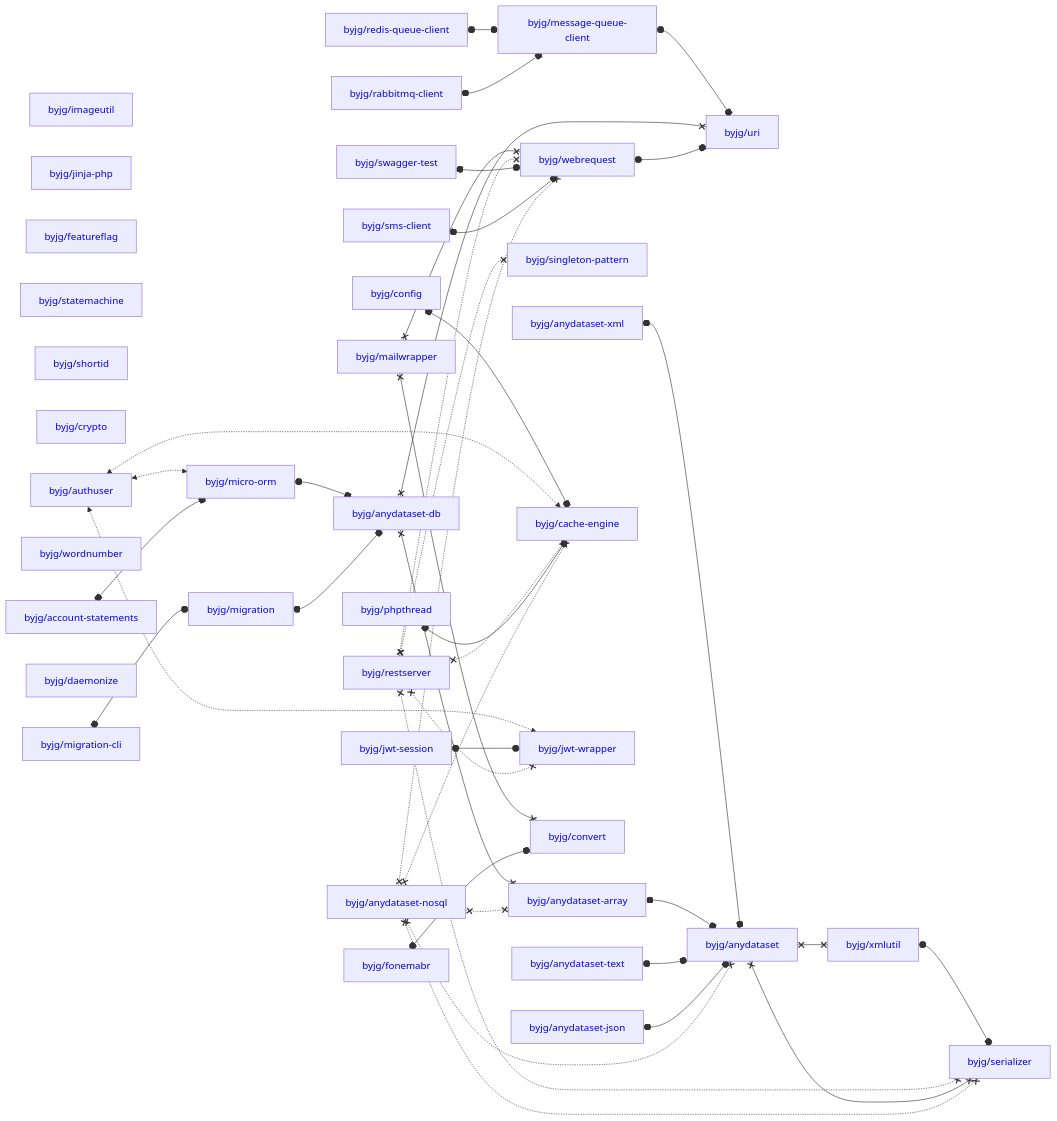
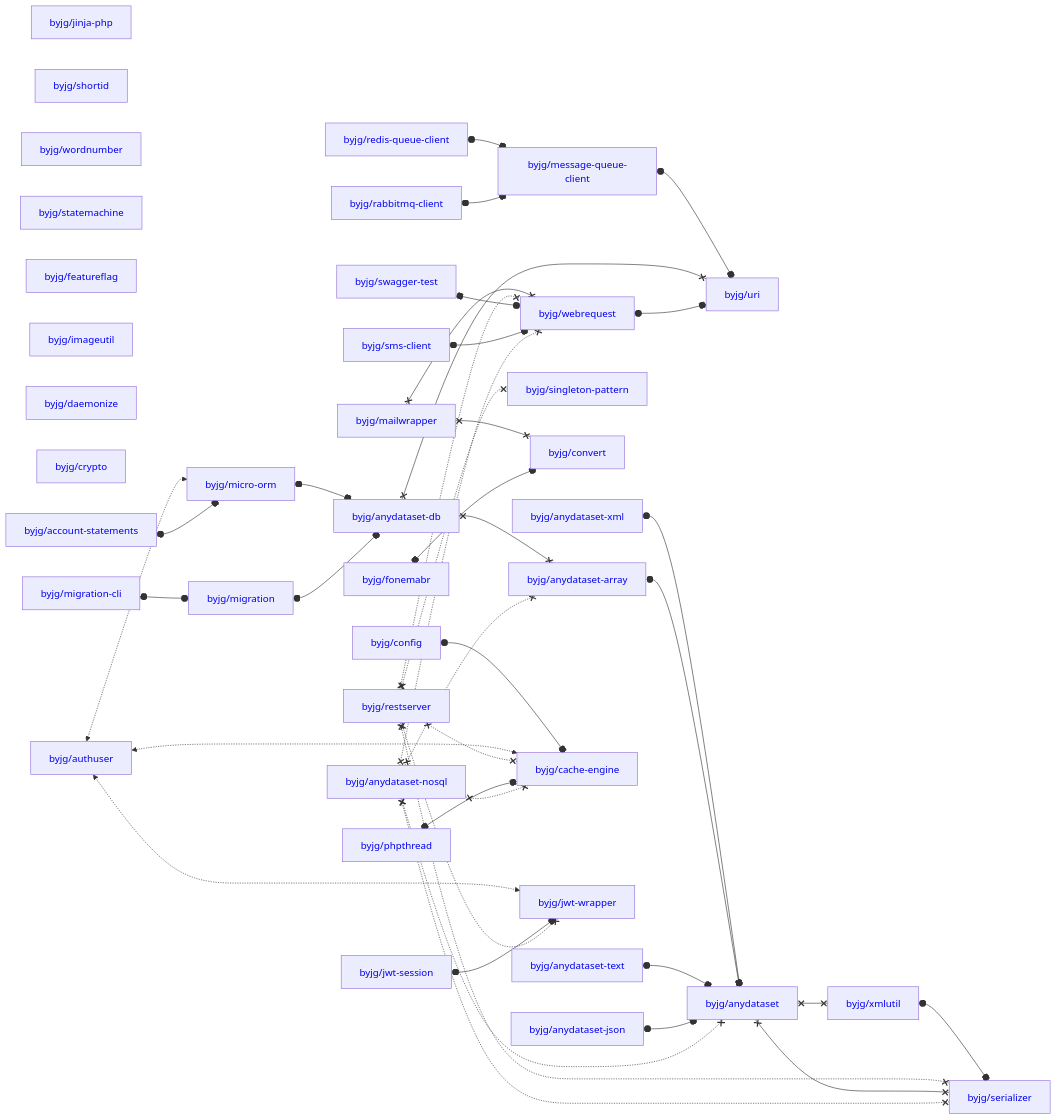
The diagram in docs/php/README.md (byjg/byjg.github.io), drawn with Mermaid before and after one commit. The commit also changed other lines of this file and 1 other file, not shown here.

Commit message:
Update documentation 'php' 'php-singleton-pattern'

````diff
--- a/docs/php/README.md
+++ b/docs/php/README.md
@@ -3,80 +3,80 @@
 ```mermaid
 graph LR;
-  byjg/imageutil[<a href='https://opensource.byjg.com/docs/php/imageutil' style='text-decoration:none'>byjg/imageutil</a>];
-  byjg/fonemabr[<a href='https://opensource.byjg.com/docs/php/fonemabr' style='text-decoration:none'>byjg/fonemabr</a>];
   byjg/anydataset-nosql[<a href='https://opensource.byjg.com/docs/php/anydataset-nosql' style='text-decoration:none'>byjg/anydataset-nosql</a>];
   byjg/jinja-php[<a href='https://opensource.byjg.com/docs/php/jinja-php' style='text-decoration:none'>byjg/jinja-php</a>];
+  byjg/anydataset-text[<a href='https://opensource.byjg.com/docs/php/anydataset-text' style='text-decoration:none'>byjg/anydataset-text</a>];
+  byjg/shortid[<a href='https://opensource.byjg.com/docs/php/shortid' style='text-decoration:none'>byjg/shortid</a>];
+  byjg/rabbitmq-client[<a href='https://opensource.byjg.com/docs/php/rabbitmq-client' style='text-decoration:none'>byjg/rabbitmq-client</a>];
+  byjg/wordnumber[<a href='https://opensource.byjg.com/docs/php/wordnumber' style='text-decoration:none'>byjg/wordnumber</a>];
+  byjg/statemachine[<a href='https://opensource.byjg.com/docs/php/statemachine' style='text-decoration:none'>byjg/statemachine</a>];
+  byjg/anydataset-xml[<a href='https://opensource.byjg.com/docs/php/anydataset-xml' style='text-decoration:none'>byjg/anydataset-xml</a>];
+  byjg/restserver[<a href='https://opensource.byjg.com/docs/php/restserver' style='text-decoration:none'>byjg/restserver</a>];
+  byjg/anydataset-json[<a href='https://opensource.byjg.com/docs/php/anydataset-json' style='text-decoration:none'>byjg/anydataset-json</a>];
+  byjg/fonemabr[<a href='https://opensource.byjg.com/docs/php/fonemabr' style='text-decoration:none'>byjg/fonemabr</a>];
   byjg/featureflag[<a href='https://opensource.byjg.com/docs/php/featureflag' style='text-decoration:none'>byjg/featureflag</a>];
-  byjg/statemachine[<a href='https://opensource.byjg.com/docs/php/statemachine' style='text-decoration:none'>byjg/statemachine</a>];
+  byjg/imageutil[<a href='https://opensource.byjg.com/docs/php/imageutil' style='text-decoration:none'>byjg/imageutil</a>];
+  byjg/daemonize[<a href='https://opensource.byjg.com/docs/php/daemonize' style='text-decoration:none'>byjg/daemonize</a>];
+  byjg/sms-client[<a href='https://opensource.byjg.com/docs/php/sms-client' style='text-decoration:none'>byjg/sms-client</a>];
+  byjg/swagger-test[<a href='https://opensource.byjg.com/docs/php/swagger-test' style='text-decoration:none'>byjg/swagger-test</a>];
+  byjg/mailwrapper[<a href='https://opensource.byjg.com/docs/php/mailwrapper' style='text-decoration:none'>byjg/mailwrapper</a>];
+  byjg/crypto[<a href='https://opensource.byjg.com/docs/php/crypto' style='text-decoration:none'>byjg/crypto</a>];
   byjg/phpthread[<a href='https://opensource.byjg.com/docs/php/phpthread' style='text-decoration:none'>byjg/phpthread</a>];
+  byjg/jwt-session[<a href='https://opensource.byjg.com/docs/php/jwt-session' style='text-decoration:none'>byjg/jwt-session</a>];
+  byjg/account-statements[<a href='https://opensource.byjg.com/docs/php/account-statements' style='text-decoration:none'>byjg/account-statements</a>];
+  byjg/redis-queue-client[<a href='https://opensource.byjg.com/docs/php/redis-queue-client' style='text-decoration:none'>byjg/redis-queue-client</a>];
+  byjg/migration-cli[<a href='https://opensource.byjg.com/docs/php/migration-cli' style='text-decoration:none'>byjg/migration-cli</a>];
   byjg/config[<a href='https://opensource.byjg.com/docs/php/config' style='text-decoration:none'>byjg/config</a>];
-  byjg/jwt-session[<a href='https://opensource.byjg.com/docs/php/jwt-session' style='text-decoration:none'>byjg/jwt-session</a>];
-  byjg/shortid[<a href='https://opensource.byjg.com/docs/php/shortid' style='text-decoration:none'>byjg/shortid</a>];
-  byjg/redis-queue-client[<a href='https://opensource.byjg.com/docs/php/redis-queue-client' style='text-decoration:none'>byjg/redis-queue-client</a>];
-  byjg/anydataset-json[<a href='https://opensource.byjg.com/docs/php/anydataset-json' style='text-decoration:none'>byjg/anydataset-json</a>];
-  byjg/restserver[<a href='https://opensource.byjg.com/docs/php/restserver' style='text-decoration:none'>byjg/restserver</a>];
-  byjg/anydataset-xml[<a href='https://opensource.byjg.com/docs/php/anydataset-xml' style='text-decoration:none'>byjg/anydataset-xml</a>];
-  byjg/anydataset-text[<a href='https://opensource.byjg.com/docs/php/anydataset-text' style='text-decoration:none'>byjg/anydataset-text</a>];
-  byjg/crypto[<a href='https://opensource.byjg.com/docs/php/crypto' style='text-decoration:none'>byjg/crypto</a>];
-  byjg/account-statements[<a href='https://opensource.byjg.com/docs/php/account-statements' style='text-decoration:none'>byjg/account-statements</a>];
-  byjg/wordnumber[<a href='https://opensource.byjg.com/docs/php/wordnumber' style='text-decoration:none'>byjg/wordnumber</a>];
-  byjg/migration-cli[<a href='https://opensource.byjg.com/docs/php/migration-cli' style='text-decoration:none'>byjg/migration-cli</a>];
-  byjg/rabbitmq-client[<a href='https://opensource.byjg.com/docs/php/rabbitmq-client' style='text-decoration:none'>byjg/rabbitmq-client</a>];
-  byjg/daemonize[<a href='https://opensource.byjg.com/docs/php/daemonize' style='text-decoration:none'>byjg/daemonize</a>];
-  byjg/swagger-test[<a href='https://opensource.byjg.com/docs/php/swagger-test' style='text-decoration:none'>byjg/swagger-test</a>];
   byjg/authuser[<a href='https://opensource.byjg.com/docs/php/authuser' style='text-decoration:none'>byjg/authuser</a>];
-  byjg/sms-client[<a href='https://opensource.byjg.com/docs/php/sms-client' style='text-decoration:none'>byjg/sms-client</a>];
-  byjg/mailwrapper[<a href='https://opensource.byjg.com/docs/php/mailwrapper' style='text-decoration:none'>byjg/mailwrapper</a>];
   byjg/singleton-pattern[<a href='https://opensource.byjg.com/docs/php/singleton-pattern' style='text-decoration:none'>byjg/singleton-pattern</a>];
+  byjg/convert[<a href='https://opensource.byjg.com/docs/php/convert' style='text-decoration:none'>byjg/convert</a>];
+  byjg/webrequest[<a href='https://opensource.byjg.com/docs/php/webrequest' style='text-decoration:none'>byjg/webrequest</a>];
+  byjg/message-queue-client[<a href='https://opensource.byjg.com/docs/php/message-queue-client' style='text-decoration:none'>byjg/message-queue-client</a>];
   byjg/migration[<a href='https://opensource.byjg.com/docs/php/migration' style='text-decoration:none'>byjg/migration</a>];
-  byjg/message-queue-client[<a href='https://opensource.byjg.com/docs/php/message-queue-client' style='text-decoration:none'>byjg/message-queue-client</a>];
   byjg/micro-orm[<a href='https://opensource.byjg.com/docs/php/micro-orm' style='text-decoration:none'>byjg/micro-orm</a>];
   byjg/cache-engine[<a href='https://opensource.byjg.com/docs/php/cache-engine' style='text-decoration:none'>byjg/cache-engine</a>];
   byjg/jwt-wrapper[<a href='https://opensource.byjg.com/docs/php/jwt-wrapper' style='text-decoration:none'>byjg/jwt-wrapper</a>];
-  byjg/convert[<a href='https://opensource.byjg.com/docs/php/convert' style='text-decoration:none'>byjg/convert</a>];
-  byjg/webrequest[<a href='https://opensource.byjg.com/docs/php/webrequest' style='text-decoration:none'>byjg/webrequest</a>];
   byjg/anydataset-db[<a href='https://opensource.byjg.com/docs/php/anydataset-db' style='text-decoration:none'>byjg/anydataset-db</a>];
   byjg/anydataset-array[<a href='https://opensource.byjg.com/docs/php/anydataset-array' style='text-decoration:none'>byjg/anydataset-array</a>];
   byjg/uri[<a href='https://opensource.byjg.com/docs/php/uri' style='text-decoration:none'>byjg/uri</a>];
   byjg/anydataset[<a href='https://opensource.byjg.com/docs/php/anydataset' style='text-decoration:none'>byjg/anydataset</a>];
   byjg/xmlutil[<a href='https://opensource.byjg.com/docs/php/xmlutil' style='text-decoration:none'>byjg/xmlutil</a>];
   byjg/serializer[<a href='https://opensource.byjg.com/docs/php/serializer' style='text-decoration:none'>byjg/serializer</a>];
   byjg/anydataset-xml o--o byjg/anydataset;
   byjg/config o--o byjg/cache-engine;
   byjg/authuser <-.-> byjg/micro-orm;
   byjg/authuser <-.-> byjg/cache-engine;
   byjg/authuser <-.-> byjg/jwt-wrapper;
   byjg/jwt-session o--o byjg/jwt-wrapper;
   byjg/redis-queue-client o--o byjg/message-queue-client;
   byjg/xmlutil o--o byjg/serializer;
   byjg/anydataset-array o--o byjg/anydataset;
   byjg/anydataset-text o--o byjg/anydataset;
   byjg/mailwrapper x--x byjg/convert;
   byjg/mailwrapper x--x byjg/webrequest;
   byjg/restserver x-.-x byjg/serializer;
   byjg/restserver x-.-x byjg/singleton-pattern;
   byjg/restserver x-.-x byjg/cache-engine;
   byjg/restserver x-.-x byjg/webrequest;
   byjg/restserver x-.-x byjg/jwt-wrapper;
   byjg/anydataset x--x byjg/serializer;
   byjg/anydataset x--x byjg/xmlutil;
   byjg/micro-orm o--o byjg/anydataset-db;
   byjg/phpthread o--o byjg/cache-engine;
   byjg/anydataset-json o--o byjg/anydataset;
   byjg/swagger-test o--o byjg/webrequest;
   byjg/fonemabr o--o byjg/convert;
   byjg/account-statements o--o byjg/micro-orm;
   byjg/sms-client o--o byjg/webrequest;
   byjg/migration-cli o--o byjg/migration;
   byjg/message-queue-client o--o byjg/uri;
   byjg/anydataset-db x--x byjg/anydataset-array;
   byjg/anydataset-db x--x byjg/uri;
   byjg/webrequest o--o byjg/uri;
   byjg/migration o--o byjg/anydataset-db;
   byjg/rabbitmq-client o--o byjg/message-queue-client;
   byjg/anydataset-nosql x-.-x byjg/anydataset;
   byjg/anydataset-nosql x-.-x byjg/anydataset-array;
   byjg/anydataset-nosql x-.-x byjg/serializer;
   byjg/anydataset-nosql x-.-x byjg/webrequest;
   byjg/anydataset-nosql x-.-x byjg/cache-engine;
 ```
````
